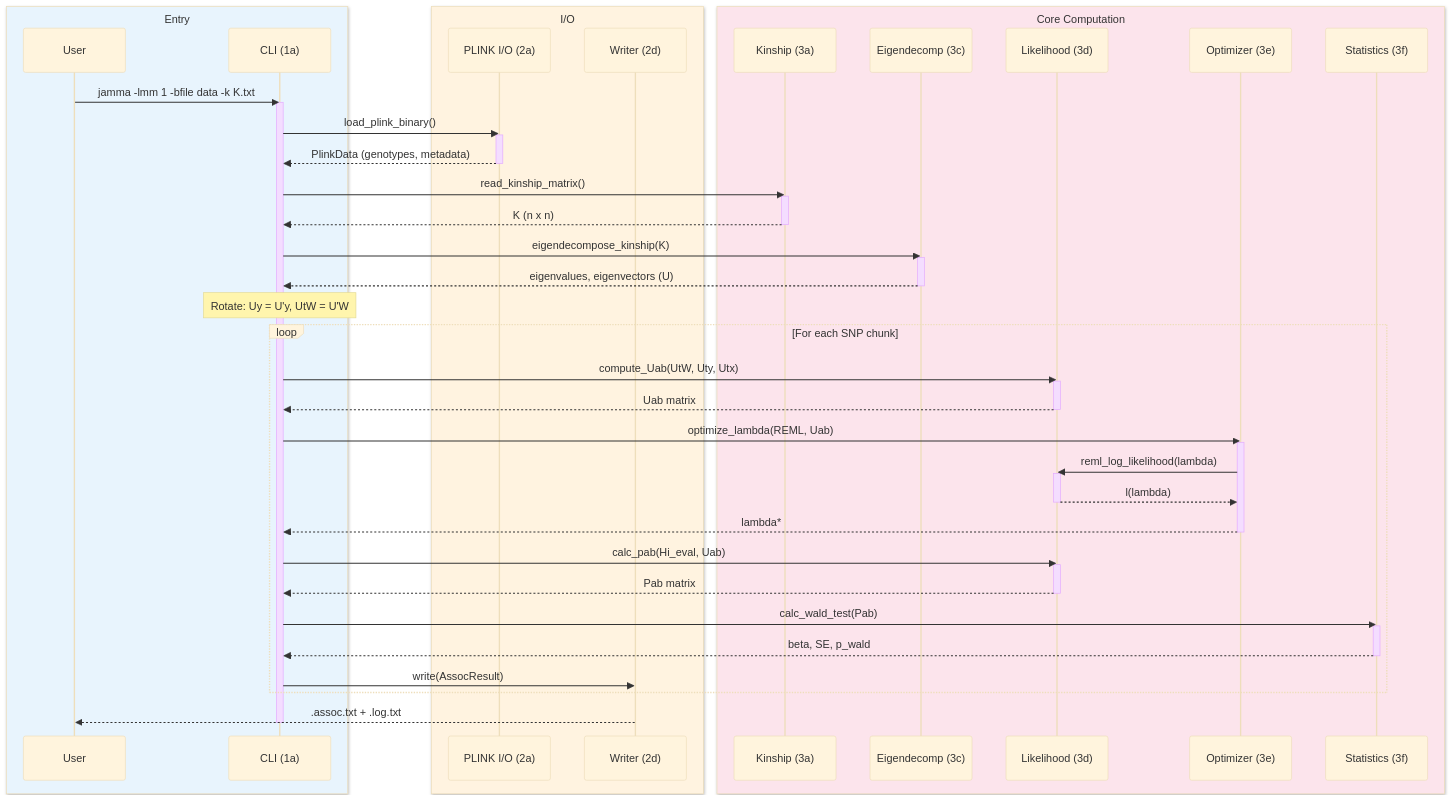
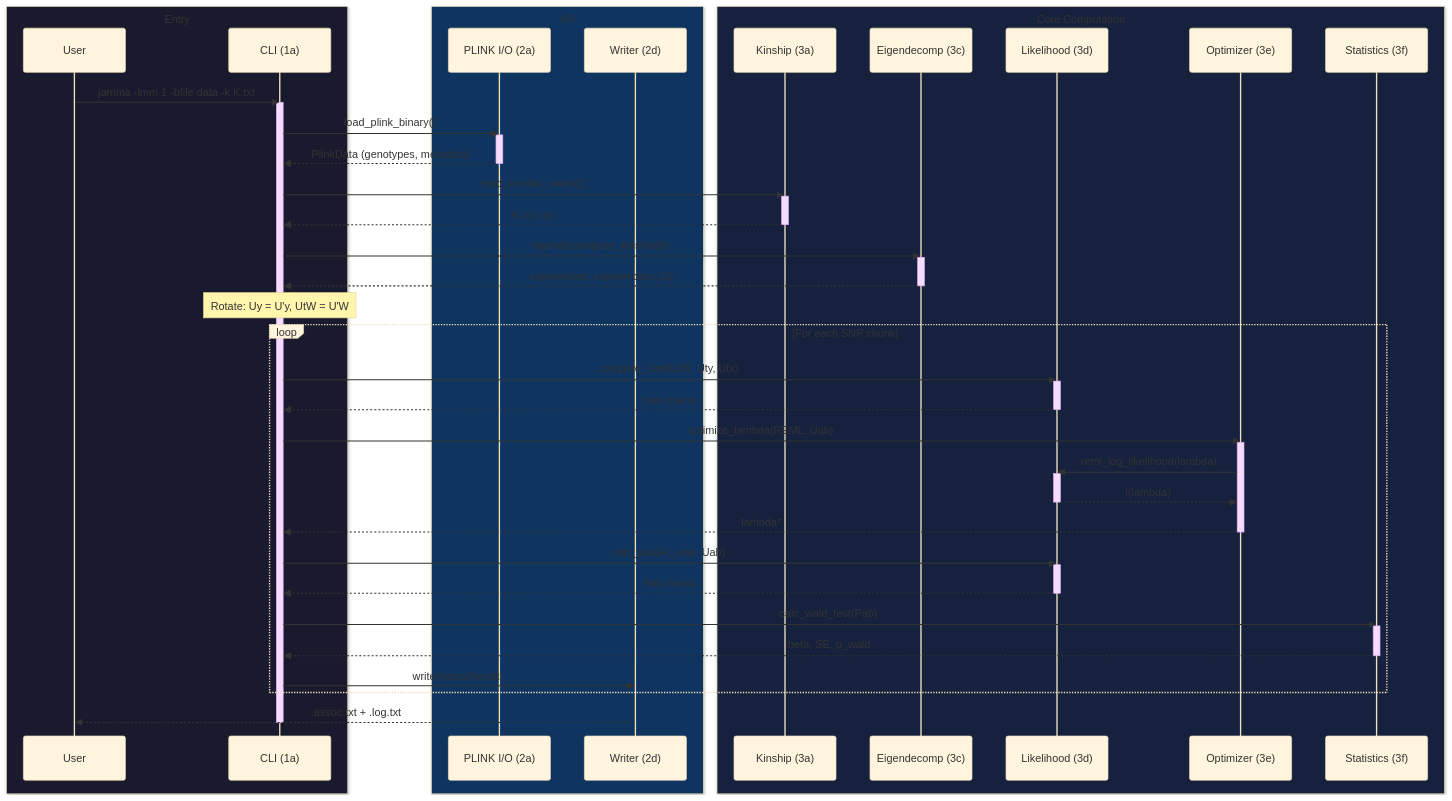
The second of 5 diagrams in docs/CODEMAP.md (michael-denyer/jamma), drawn with Mermaid (base theme) before and after one commit. The commit also changed other lines of this file and 3 other files, not shown here.

First line of the commit message:
docs: high contrast mermaid diagrams with layered subgraph architecture

````diff
--- a/docs/CODEMAP.md
+++ b/docs/CODEMAP.md
@@ -280,62 +280,62 @@
 ```mermaid
 sequenceDiagram
-    box rgb(232, 244, 253) Entry
+    box rgb(26, 26, 46) Entry
         participant U as User
         participant CLI as CLI (1a)
     end
-    box rgb(255, 243, 224) I/O
+    box rgb(15, 52, 96) I/O
         participant IO as PLINK I/O (2a)
         participant W as Writer (2d)
     end
-    box rgb(252, 228, 236) Core Computation
+    box rgb(22, 33, 62) Core Computation
         participant K as Kinship (3a)
         participant E as Eigendecomp (3c)
         participant L as Likelihood (3d)
         participant O as Optimizer (3e)
         participant S as Statistics (3f)
     end
 
     U->>CLI: jamma -lmm 1 -bfile data -k K.txt
     activate CLI
     CLI->>IO: load_plink_binary()
     activate IO
     IO-->>CLI: PlinkData (genotypes, metadata)
     deactivate IO
     CLI->>K: read_kinship_matrix()
     activate K
     K-->>CLI: K (n x n)
     deactivate K
     CLI->>E: eigendecompose_kinship(K)
     activate E
     E-->>CLI: eigenvalues, eigenvectors (U)
     deactivate E
 
     Note over CLI: Rotate: Uy = U'y, UtW = U'W
 
     loop For each SNP chunk
         CLI->>L: compute_Uab(UtW, Uty, Utx)
         activate L
         L-->>CLI: Uab matrix
         deactivate L
         CLI->>O: optimize_lambda(REML, Uab)
         activate O
         O->>L: reml_log_likelihood(lambda)
         activate L
         L-->>O: l(lambda)
         deactivate L
         O-->>CLI: lambda*
         deactivate O
         CLI->>L: calc_pab(Hi_eval, Uab)
         activate L
         L-->>CLI: Pab matrix
         deactivate L
         CLI->>S: calc_wald_test(Pab)
         activate S
         S-->>CLI: beta, SE, p_wald
         deactivate S
         CLI->>W: write(AssocResult)
     end
 
     W-->>U: .assoc.txt + .log.txt
     deactivate CLI
 ```
````
